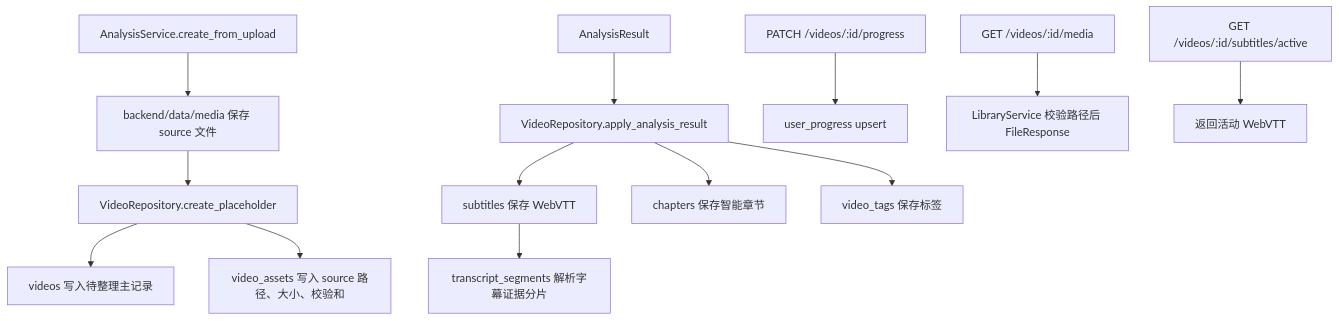
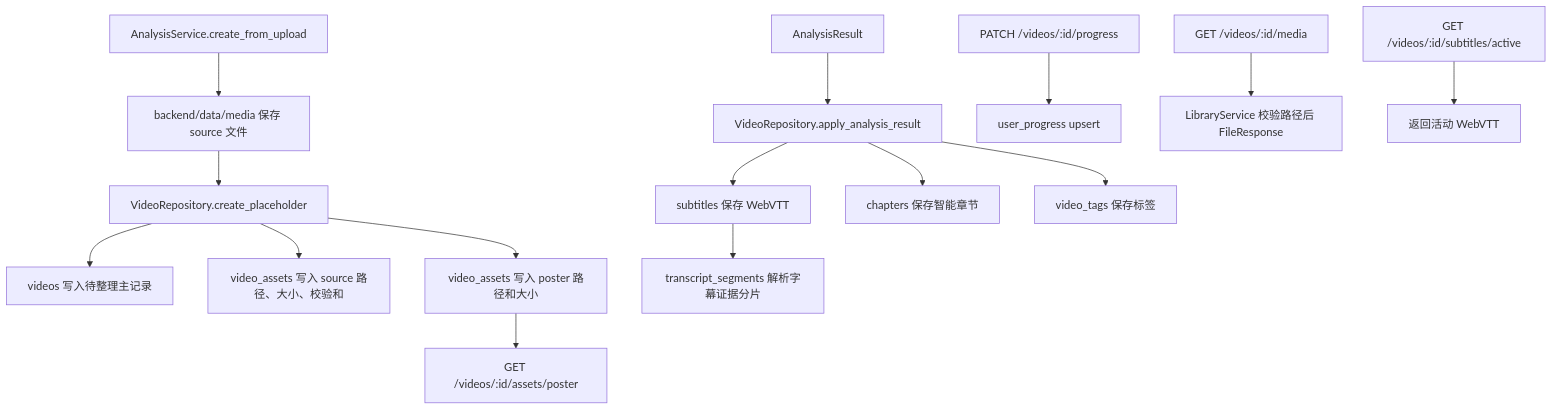
Before and after one commit to qwe605/xunlei_ai_video: diagram 12 of 20 in docs/项目说明文档.md, drawn with Mermaid. The commit also changed other lines of this file and 12 other files, not shown here.

````diff
--- a/docs/项目说明文档.md
+++ b/docs/项目说明文档.md
@@ -609,15 +610,17 @@
 ```mermaid
 flowchart TD
     A["AnalysisService.create_from_upload"] --> B["backend/data/media 保存 source 文件"]
     B --> C["VideoRepository.create_placeholder"]
     C --> D["videos 写入待整理主记录"]
     C --> E["video_assets 写入 source 路径、大小、校验和"]
+    C --> R["video_assets 写入 poster 路径和大小"]
     F["AnalysisResult"] --> G["VideoRepository.apply_analysis_result"]
     G --> H["subtitles 保存 WebVTT"]
     G --> I["chapters 保存智能章节"]
     G --> J["video_tags 保存标签"]
     H --> K["transcript_segments 解析字幕证据分片"]
     L["PATCH /videos/:id/progress"] --> M["user_progress upsert"]
     N["GET /videos/:id/media"] --> O["LibraryService 校验路径后 FileResponse"]
+    R --> S["GET /videos/:id/assets/poster"]
     P["GET /videos/:id/subtitles/active"] --> Q["返回活动 WebVTT"]
 ```
````
